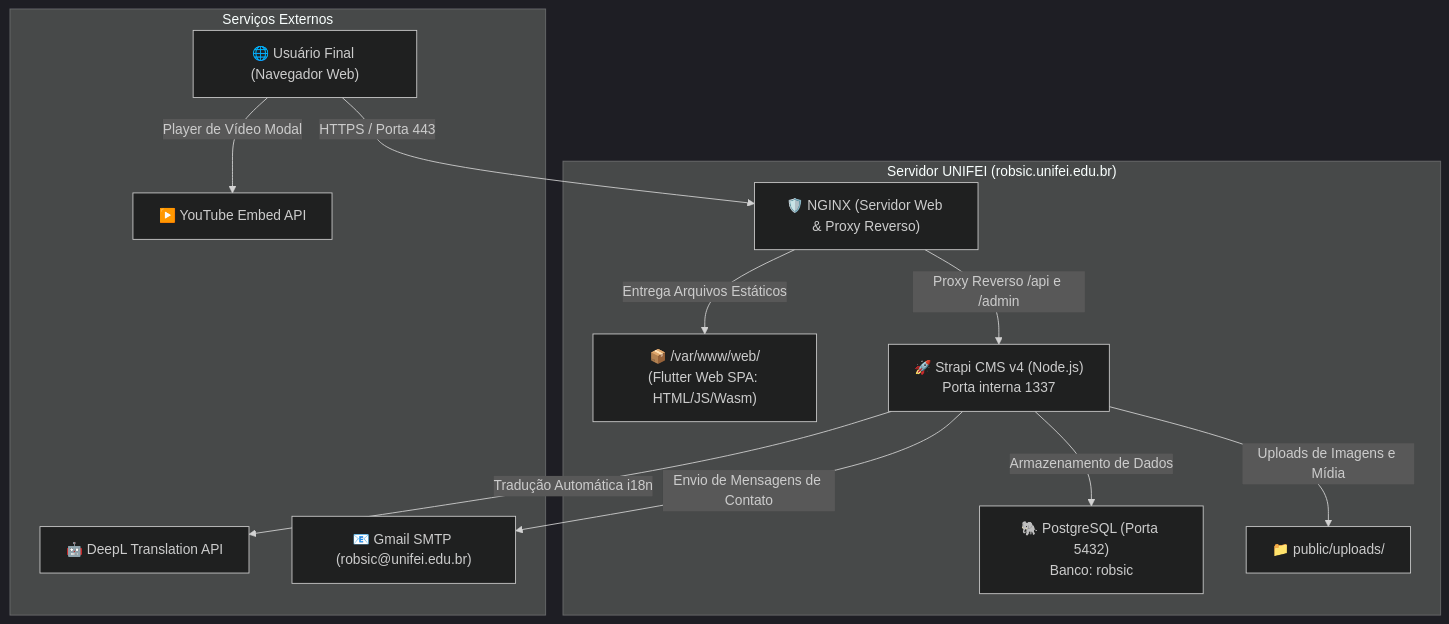
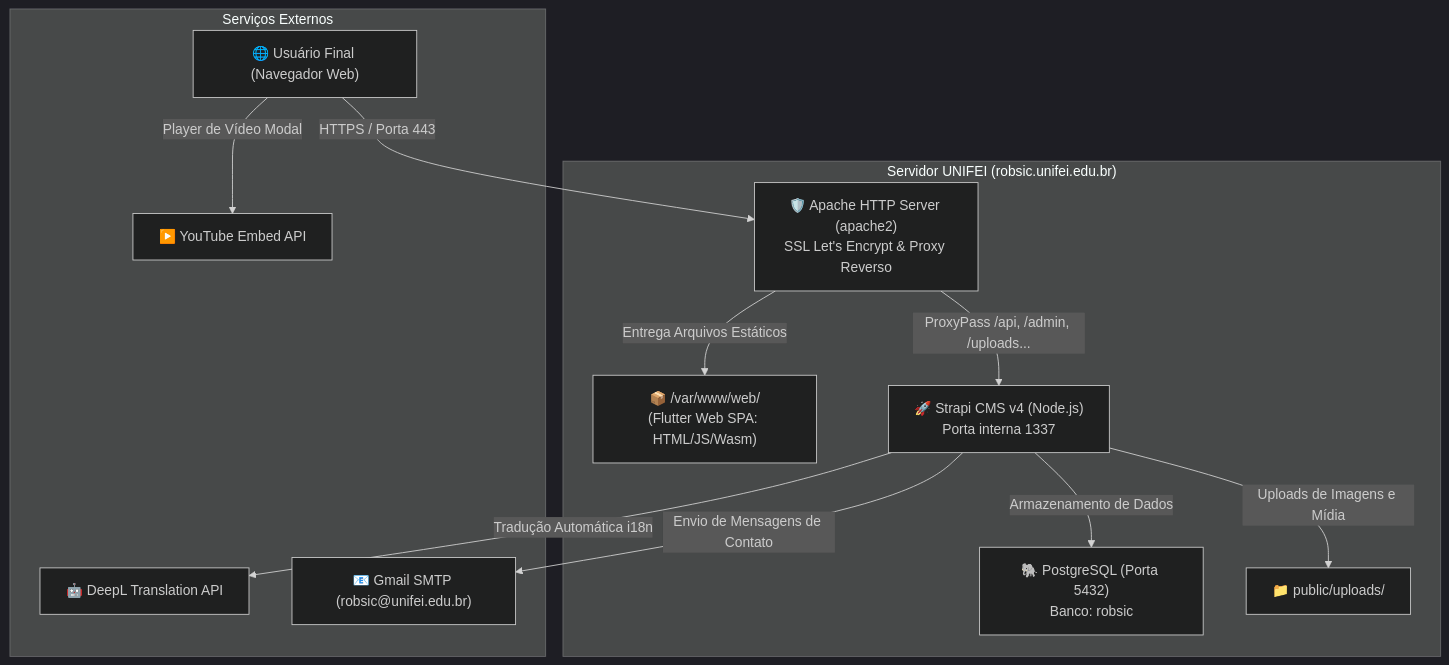
The diagram in docs/explanations/03-system-architecture.md (Robsic/site-robsic), drawn with Mermaid (dark theme) before and after one commit. The commit also changed other lines of this file and 3 other files, not shown here.

Commit message:
docs: corrige servidor web de NGINX para Apache HTTP Server (apache2)

````diff
--- a/docs/explanations/03-system-architecture.md
+++ b/docs/explanations/03-system-architecture.md
@@ -9,17 +9,17 @@
 ```mermaid
 graph TD
-    User["🌐 Usuário Final (Navegador Web)"] -->|HTTPS / Porta 443| Nginx["🛡️ NGINX (Servidor Web & Proxy Reverso)"]
+    User["🌐 Usuário Final (Navegador Web)"] -->|HTTPS / Porta 443| Apache["🛡️ Apache HTTP Server (apache2)<br/>SSL Let's Encrypt & Proxy Reverso"]
     
     subgraph "Servidor UNIFEI (robsic.unifei.edu.br)"
-        Nginx -->|Entrega Arquivos Estáticos| StaticWeb["📦 /var/www/web/<br/>(Flutter Web SPA: HTML/JS/Wasm)"]
-        Nginx -->|Proxy Reverso /api e /admin| Strapi["🚀 Strapi CMS v4 (Node.js)<br/>Porta interna 1337"]
+        Apache -->|Entrega Arquivos Estáticos| StaticWeb["📦 /var/www/web/<br/>(Flutter Web SPA: HTML/JS/Wasm)"]
+        Apache -->|ProxyPass /api, /admin, /uploads...| Strapi["🚀 Strapi CMS v4 (Node.js)<br/>Porta interna 1337"]
         Strapi -->|Armazenamento de Dados| Postgres["🐘 PostgreSQL (Porta 5432)<br/>Banco: robsic"]
         Strapi -->|Uploads de Imagens e Mídia| UploadsDir["📁 public/uploads/"]
     end
 
     subgraph "Serviços Externos"
         Strapi -->|Tradução Automática i18n| DeepL["🤖 DeepL Translation API"]
         Strapi -->|Envio de Mensagens de Contato| Smtp["📧 Gmail SMTP (robsic@unifei.edu.br)"]
         User -->|Player de Vídeo Modal| YouTube["▶️ YouTube Embed API"]
     end
 ```
````
